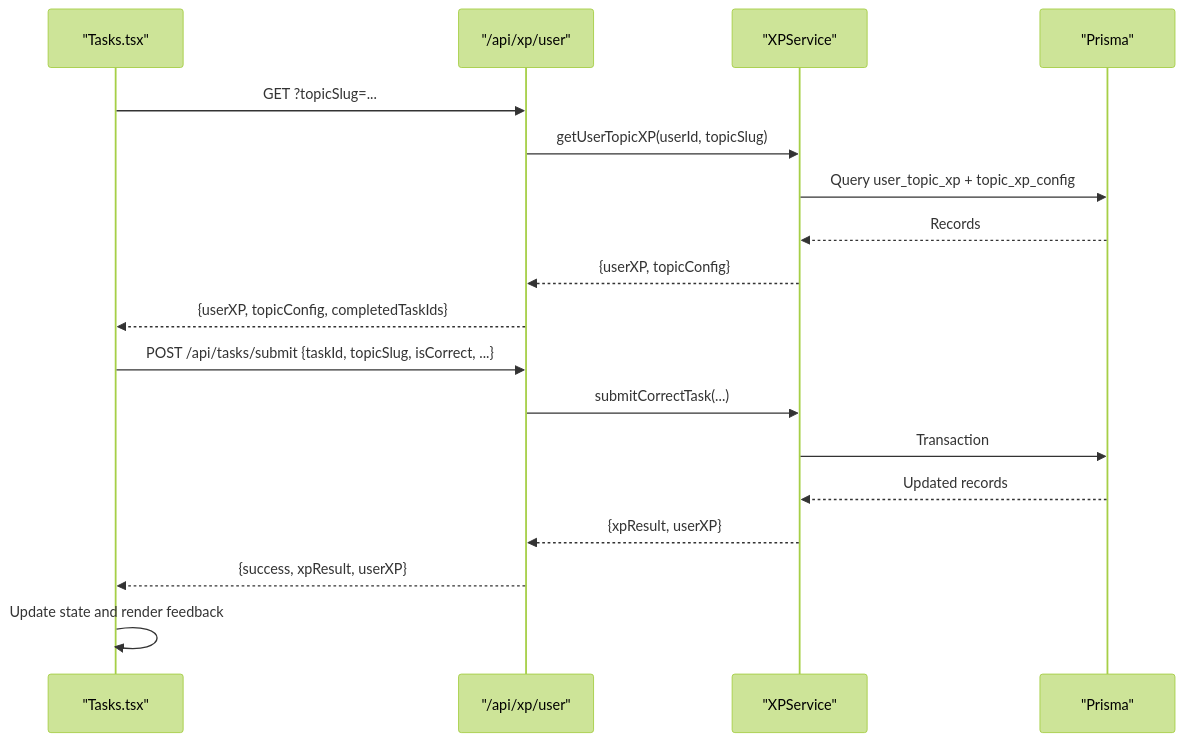
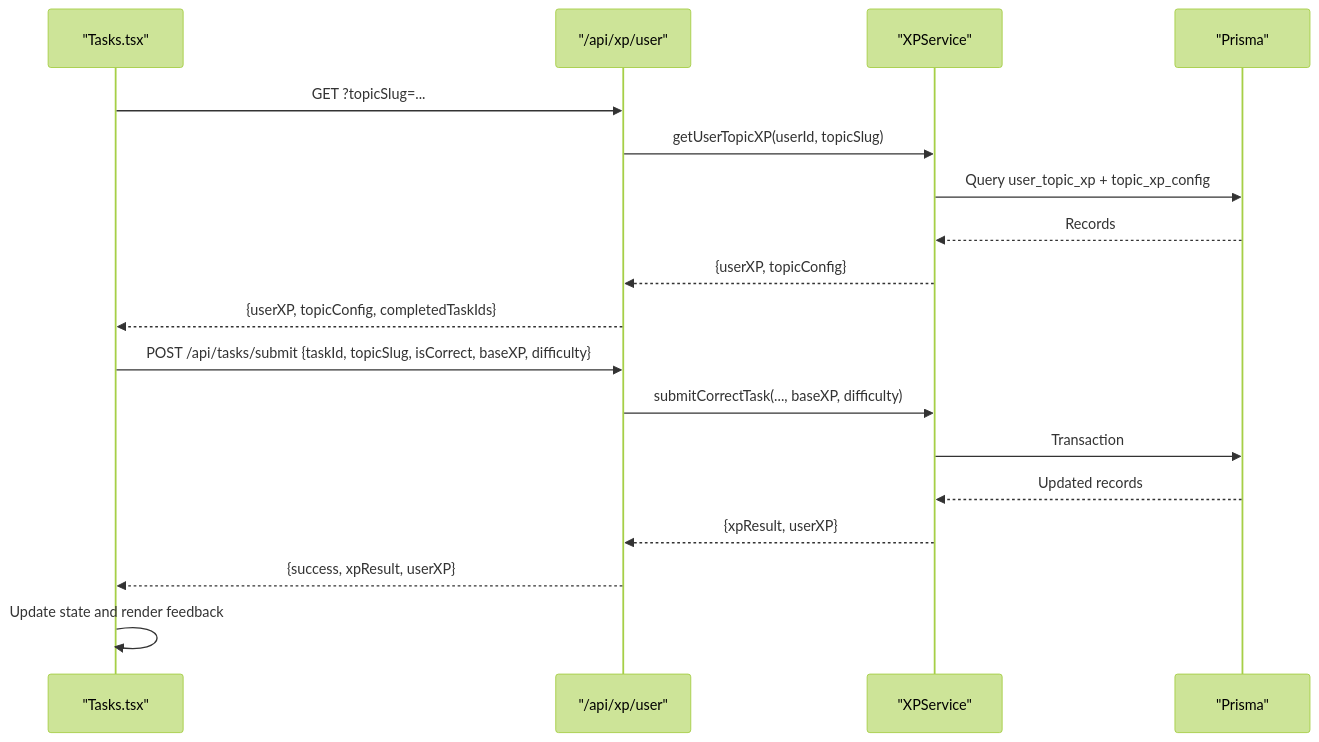
One commit to AlexKutz/math-app-next-js changed the sixth of 6 diagrams in .qoder/repowiki/en/content/Core Features/Gamification System/XP Calculation Engine.md. Above: the diagram before and after it, drawn with Mermaid (forest theme). The commit also changed other lines of this file and 9 other files, not shown here.

````diff
--- a/.qoder/repowiki/en/content/Core Features/Gamification System/XP Calculation Engine.md
+++ b/.qoder/repowiki/en/content/Core Features/Gamification System/XP Calculation Engine.md
@@ -235,20 +287,20 @@
 ```mermaid
 sequenceDiagram
 participant UI as "Tasks.tsx"
 participant API as "/api/xp/user"
 participant SVC as "XPService"
 participant DB as "Prisma"
 UI->>API : GET ?topicSlug=...
 API->>SVC : getUserTopicXP(userId, topicSlug)
 SVC->>DB : Query user_topic_xp + topic_xp_config
 DB-->>SVC : Records
 SVC-->>API : {userXP, topicConfig}
 API-->>UI : {userXP, topicConfig, completedTaskIds}
-UI->>API : POST /api/tasks/submit {taskId, topicSlug, isCorrect, ...}
-API->>SVC : submitCorrectTask(...)
+UI->>API : POST /api/tasks/submit {taskId, topicSlug, isCorrect, baseXP, difficulty}
+API->>SVC : submitCorrectTask(..., baseXP, difficulty)
 SVC->>DB : Transaction
 DB-->>SVC : Updated records
 SVC-->>API : {xpResult, userXP}
 API-->>UI : {success, xpResult, userXP}
 UI->>UI : Update state and render feedback
 ```
````
